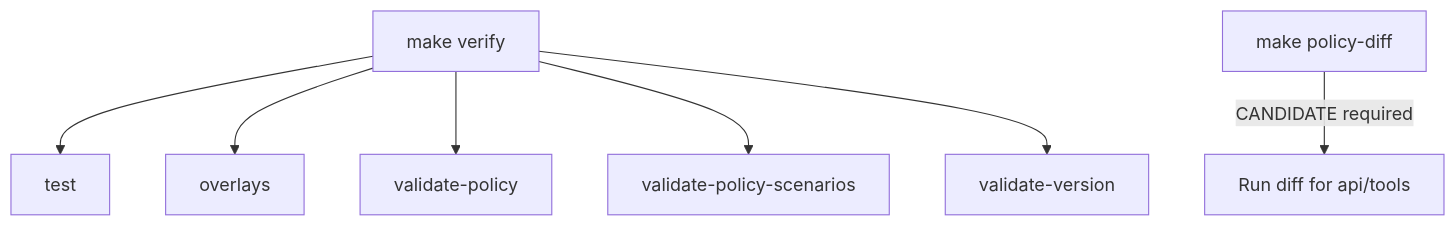
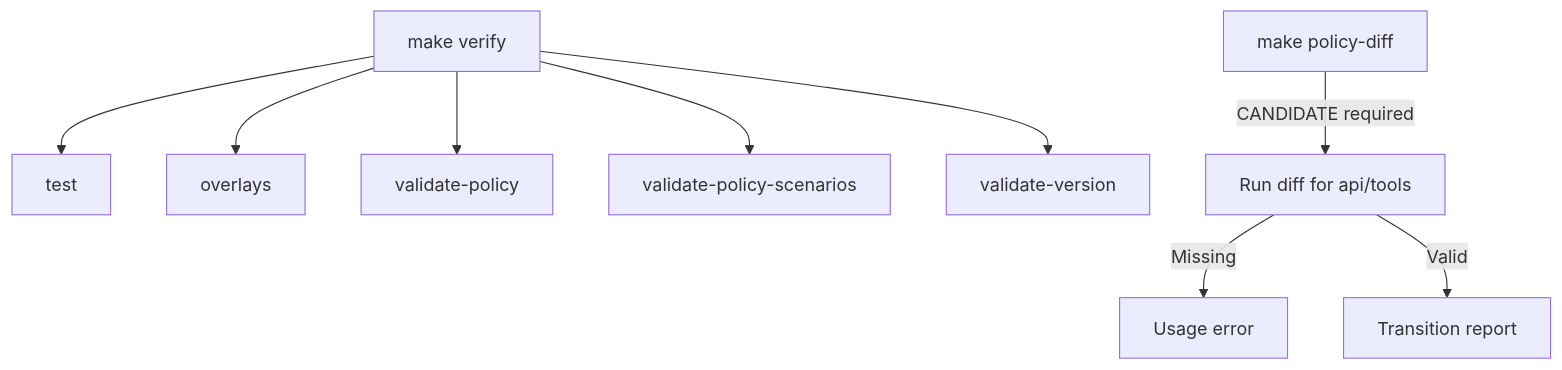
The eighth of 9 diagrams in .qoder/repowiki/en/content/Architecture Documentation/SPEC-048_ Policy Testing and Rollout Controls.md (metasync/luban-aiops), drawn with Mermaid before and after one commit. The commit also changed other lines of this file and 35 other files, not shown here.

````diff
--- a/.qoder/repowiki/en/content/Architecture Documentation/SPEC-048_ Policy Testing and Rollout Controls.md
+++ b/.qoder/repowiki/en/content/Architecture Documentation/SPEC-048_ Policy Testing and Rollout Controls.md
@@ -241,9 +352,11 @@
 ```mermaid
 flowchart TD
 V["make verify"] --> T["test"]
 V --> O["overlays"]
 V --> VP["validate-policy"]
 V --> VPS["validate-policy-scenarios"]
 V --> VV["validate-version"]
 PD["make policy-diff"] --> |CANDIDATE required| Diff["Run diff for api/tools"]
+Diff --> |Missing| Error["Usage error"]
+Diff --> |Valid| Report["Transition report"]
 ```
````
